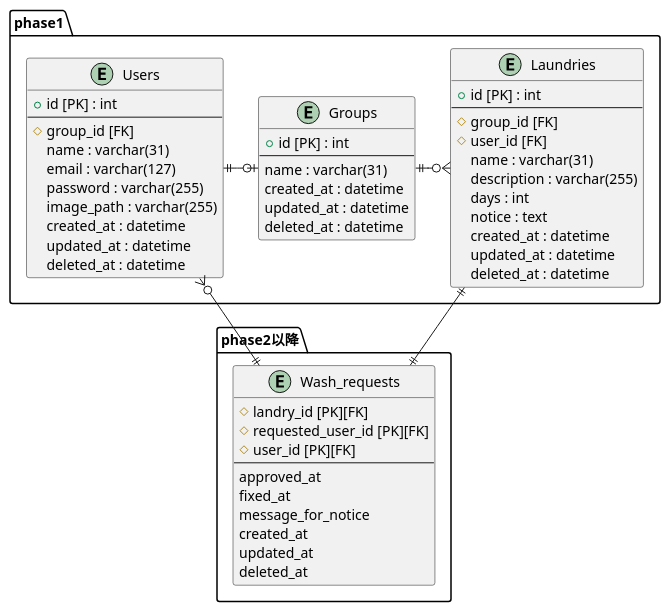
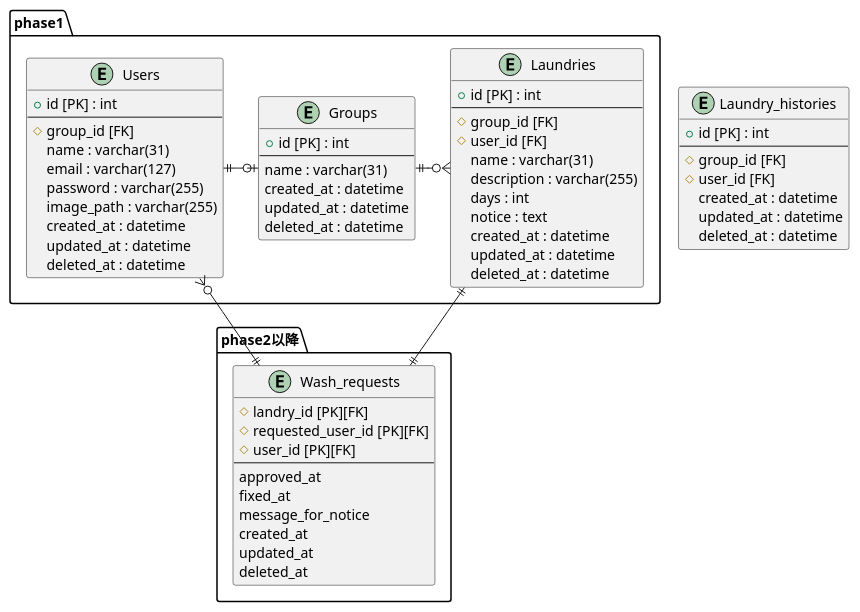
Before and after one commit to mixa393/mohumohu: the diagram in docs/ER図.puml, drawn with PlantUML.

Commit message:
Add: Laundry_historiesテーブルの追加

```diff
--- a/docs/ER図.puml
+++ b/docs/ER図.puml
@@ -1,62 +1,72 @@
 @startuml
 
 package phase1{
     entity Users{
     + id [PK] : int
     --
     # group_id [FK]
     name : varchar(31)
     email : varchar(127)
     password : varchar(255)
     image_path : varchar(255)
     created_at : datetime
     updated_at : datetime
     deleted_at : datetime
     }
 
     entity Groups
     {
     + id [PK] : int
     --
     name : varchar(31)
     created_at : datetime
     updated_at : datetime
     deleted_at : datetime
     }
 
     entity Laundries{
     + id [PK] : int
     --
     # group_id [FK]
     # user_id [FK]
     name : varchar(31)
     description : varchar(255)
     days : int
     notice : text
     created_at : datetime
     updated_at : datetime
     deleted_at : datetime
     }
 }
 
+entity Laundry_histories{
+    + id [PK] : int
+    --
+    # group_id [FK]
+    # user_id [FK]
+    created_at : datetime
+    updated_at : datetime
+    deleted_at : datetime
+}
+
 package  phase2以降{
     entity Wash_requests{
     # landry_id [PK][FK]
     # requested_user_id [PK][FK]
     # user_id [PK][FK]
     --
     approved_at
     fixed_at
     message_for_notice
     created_at
     updated_at
     deleted_at
     }
 }
 Users ||-o| Groups
 Groups ||-o{ Laundries
 Laundries ||-|| Wash_requests
 Users }o--|| Wash_requests
 
 
 @enduml
```
